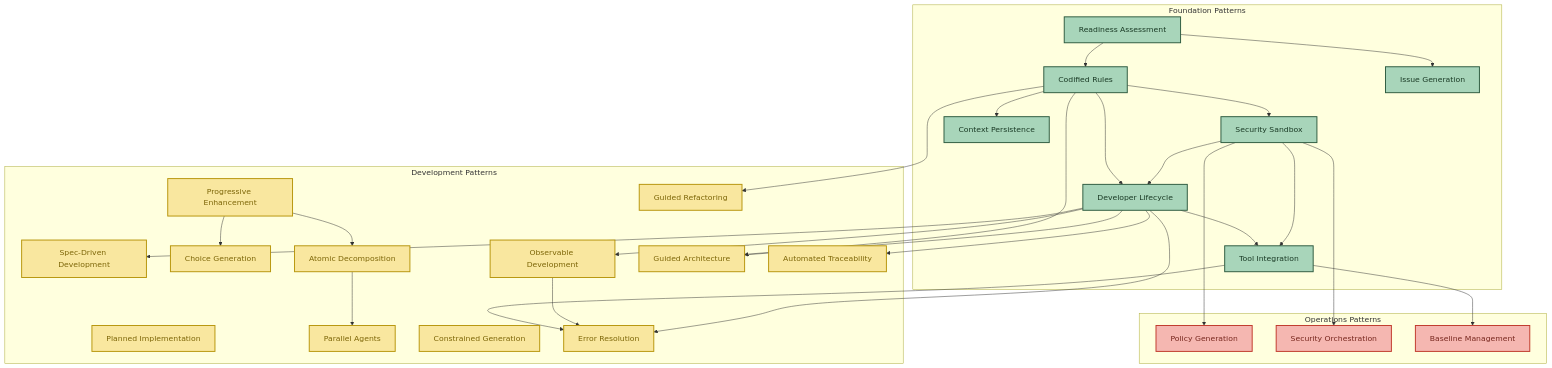
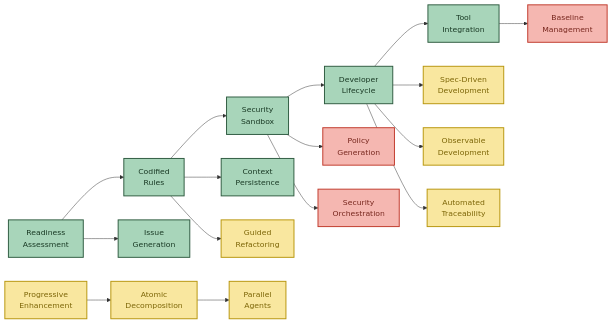
One commit to PaulDuvall/ai-development-patterns changed the first of 13 diagrams in README.md. Above: the diagram before and after it, drawn with Mermaid.

Commit message:
refactor: simplify pattern diagram with left-to-right flow
- Switch from TD to LR layout for better horizontal spread
- Remove subgraph boxes to reduce visual clutter
- Keep only primary dependency chains
- Add line breaks in node labels for readability
- Reduce connections from ~25 to ~15

🤖 Generated with [Claude Code](https://claude.com/claude-code)

````diff
--- a/README.md
+++ b/README.md
@@ -14,74 +14,36 @@
 ```mermaid
-graph TD
-    %% FOUNDATION PATTERNS
-    subgraph F1["Foundation Patterns"]
-        RA[Readiness Assessment]
-        CR[Codified Rules]
-        SS[Security Sandbox]
-        DL[Developer Lifecycle]
-        TI[Tool Integration]
-        IG[Issue Generation]
-        CP[Context Persistence]
-    end
+graph LR
+    %% FOUNDATION CHAIN
+    RA[Readiness<br/>Assessment] --> CR[Codified<br/>Rules]
+    CR --> SS[Security<br/>Sandbox]
+    SS --> DL[Developer<br/>Lifecycle]
+    DL --> TI[Tool<br/>Integration]
 
-    %% DEVELOPMENT PATTERNS
-    subgraph D1["Development Patterns"]
-        PI[Planned Implementation]
-        PE[Progressive Enhancement]
-        SD[Spec-Driven Development]
-        CG[Choice Generation]
-        AD[Atomic Decomposition]
-        PA[Parallel Agents]
-        CGN[Constrained Generation]
-        OD[Observable Development]
-        GR[Guided Refactoring]
-        GA[Guided Architecture]
-        AT[Automated Traceability]
-        ER[Error Resolution]
-    end
+    %% FOUNDATION BRANCHES
+    RA --> IG[Issue<br/>Generation]
+    CR --> CP[Context<br/>Persistence]
 
-    %% OPERATIONS PATTERNS
-    subgraph O1["Operations Patterns"]
-        PG[Policy Generation]
-        SO[Security Orchestration]
-        BM[Baseline Management]
-    end
+    %% DEVELOPMENT FROM FOUNDATION
+    DL --> SD[Spec-Driven<br/>Development]
+    DL --> OD[Observable<br/>Development]
+    DL --> AT[Automated<br/>Traceability]
+    CR --> GR[Guided<br/>Refactoring]
 
-    %% FOUNDATION DEPENDENCIES
-    RA --> CR
-    CR --> SS
-    SS --> DL
-    CR --> DL
-    SS --> TI
-    DL --> TI
-    RA --> IG
-    CR --> CP
+    %% DEVELOPMENT CHAIN
+    PE[Progressive<br/>Enhancement] --> AD[Atomic<br/>Decomposition]
+    AD --> PA[Parallel<br/>Agents]
 
-    %% DEVELOPMENT DEPENDENCIES
-    DL --> SD
-    DL --> OD
-    DL --> GA
-    CR --> GA
-    DL --> AT
-    CR --> GR
-    PE --> CG
-    PE --> AD
-    AD --> PA
-    DL --> ER
-    OD --> ER
-    TI --> ER
-
-    %% OPERATIONS DEPENDENCIES
-    SS --> PG
-    SS --> SO
-    TI --> BM
+    %% OPERATIONS
+    SS --> PG[Policy<br/>Generation]
+    SS --> SO[Security<br/>Orchestration]
+    TI --> BM[Baseline<br/>Management]
 
     %% STYLING
     classDef foundation fill:#a8d5ba,stroke:#2d5a3f,stroke-width:2px,color:#1a3a25
     classDef development fill:#f9e79f,stroke:#b7950b,stroke-width:2px,color:#7d6608
     classDef operations fill:#f5b7b1,stroke:#c0392b,stroke-width:2px,color:#78281f
 
     class RA,CR,SS,DL,TI,IG,CP foundation
-    class PI,PE,SD,CG,AD,PA,CGN,OD,GR,GA,AT,ER development
+    class PE,SD,AD,PA,OD,GR,AT development
     class PG,SO,BM operations
 ```
````
